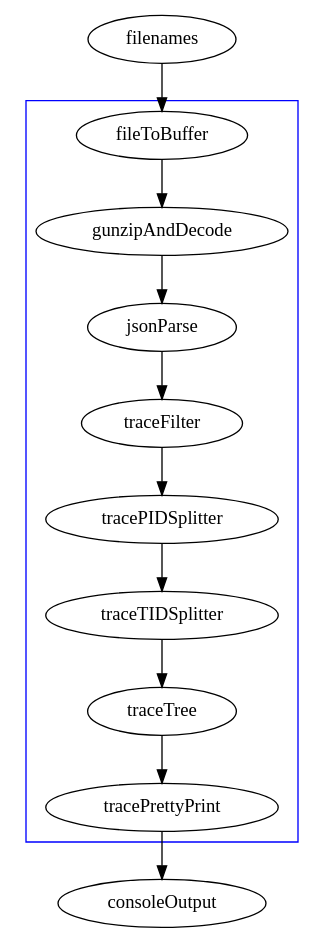
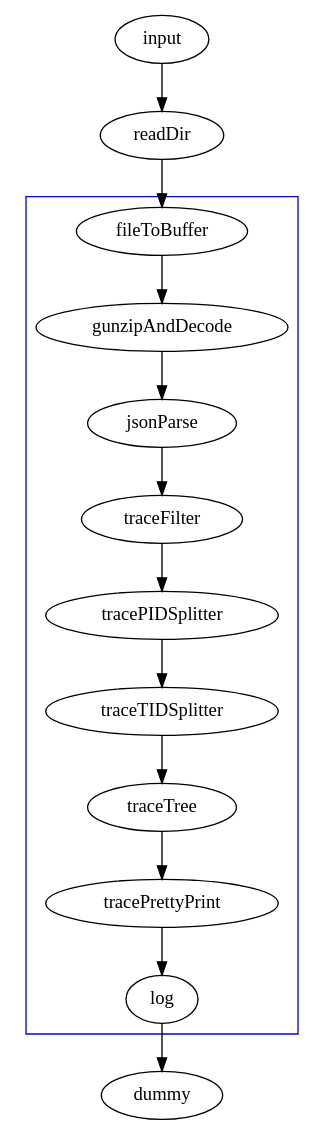
One commit to googlearchive/erlnmyr changed the diagram in trace.dot. Above: the diagram before and after it, drawn with Graphviz. The commit also changed 5 other files, not shown here.

```diff
--- a/trace.dot
+++ b/trace.dot
@@ -1,17 +1,20 @@
 digraph trace {
 
+  input [data="/usr/local/google/home/dstockwell/local/traces"]
+  input -> readDir -> fileToBuffer;
+
   subgraph cluster0 {
-    fileToBuffer -> gunzipAndDecode -> jsonParse -> traceFilter -> tracePIDSplitter -> traceTIDSplitter -> traceTree -> tracePrettyPrint;
+    fileToBuffer -> gunzipAndDecode -> jsonParse;
+    jsonParse -> traceFilter -> tracePIDSplitter -> traceTIDSplitter -> traceTree;
+    traceTree -> tracePrettyPrint -> log;
+
     color=blue;
     strategy=pipeline;
   }
 
-  filenames -> fileToBuffer;
-  tracePrettyPrint -> consoleOutput;
+  log -> dummy;
 
-  filenames [RE="/usr/local/google/home/dstockwell/local/traces/.*"];
-
+  log [tags="filename"]
   traceFilter [traceEvents="['Document::updateStyle','V8.Execute','CSSParserImpl::parseStyleSheet']"];
-
   tracePrettyPrint [showTrace="false"];
 }
```
